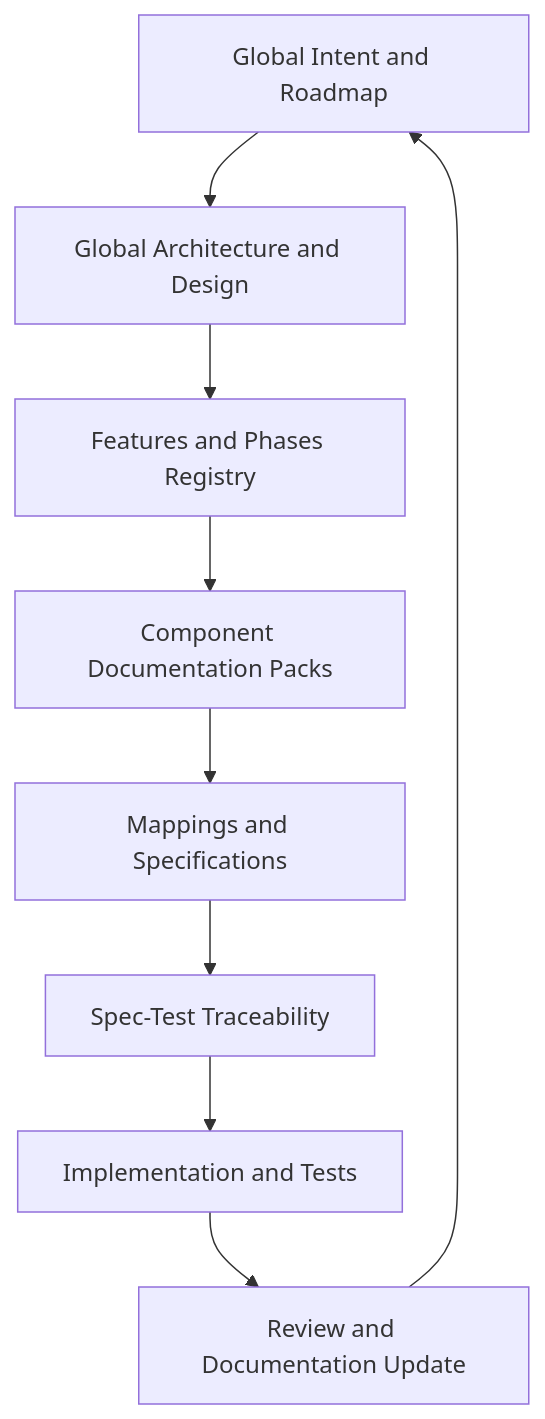
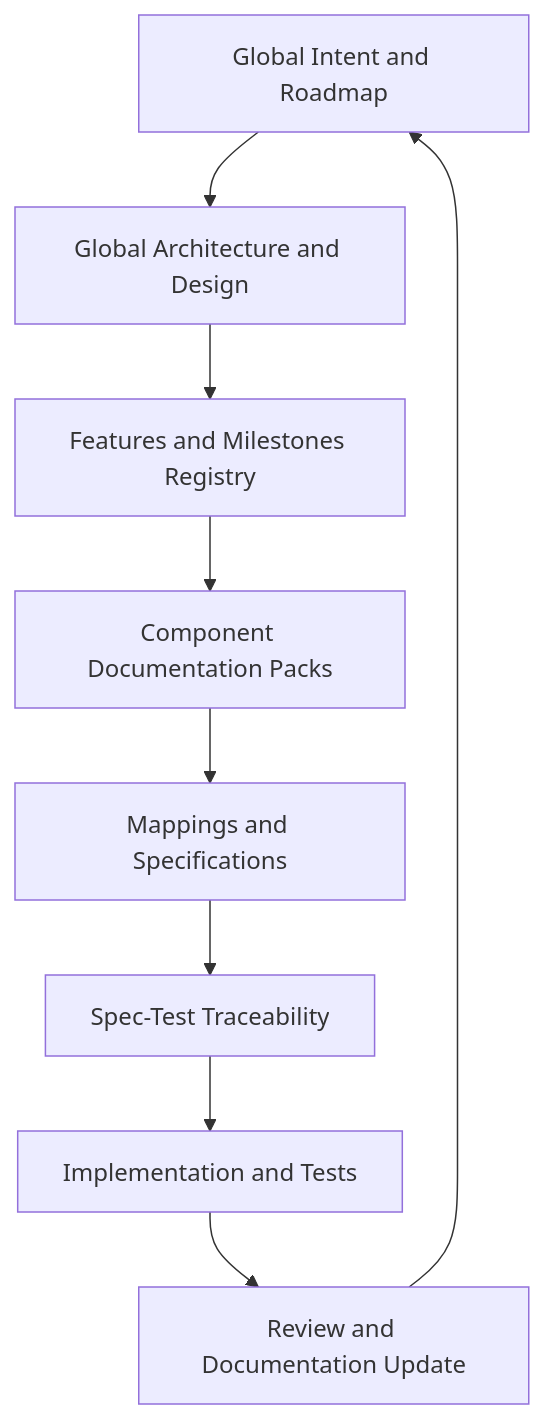
The diagram in product-docs/README.md (mgagp/ezkey), drawn with Mermaid before and after one commit. The commit also changed other lines of this file and 30 other files, not shown here.

````diff
--- a/product-docs/README.md
+++ b/product-docs/README.md
@@ -30,11 +30,11 @@
 ```mermaid
 flowchart TD
     globalIntent[Global Intent and Roadmap] --> globalArch[Global Architecture and Design]
-    globalArch --> featureRegistry[Features and Phases Registry]
+  globalArch --> featureRegistry[Features and Milestones Registry]
     featureRegistry --> componentPacks[Component Documentation Packs]
     componentPacks --> mappingSpecs[Mappings and Specifications]
     mappingSpecs --> traceability[Spec-Test Traceability]
     traceability --> implementation[Implementation and Tests]
     implementation --> feedbackLoop[Review and Documentation Update]
     feedbackLoop --> globalIntent
 ```
````
